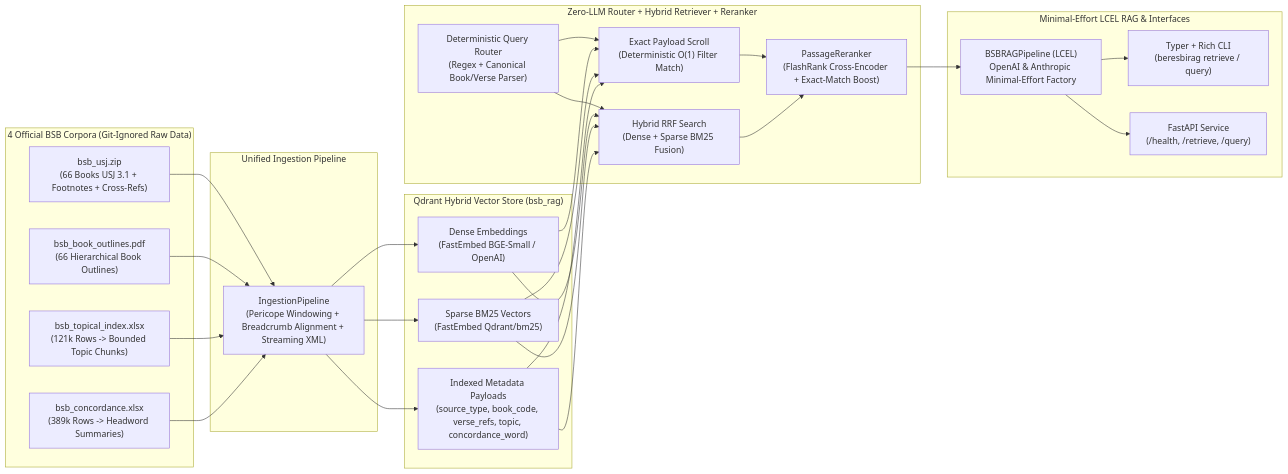
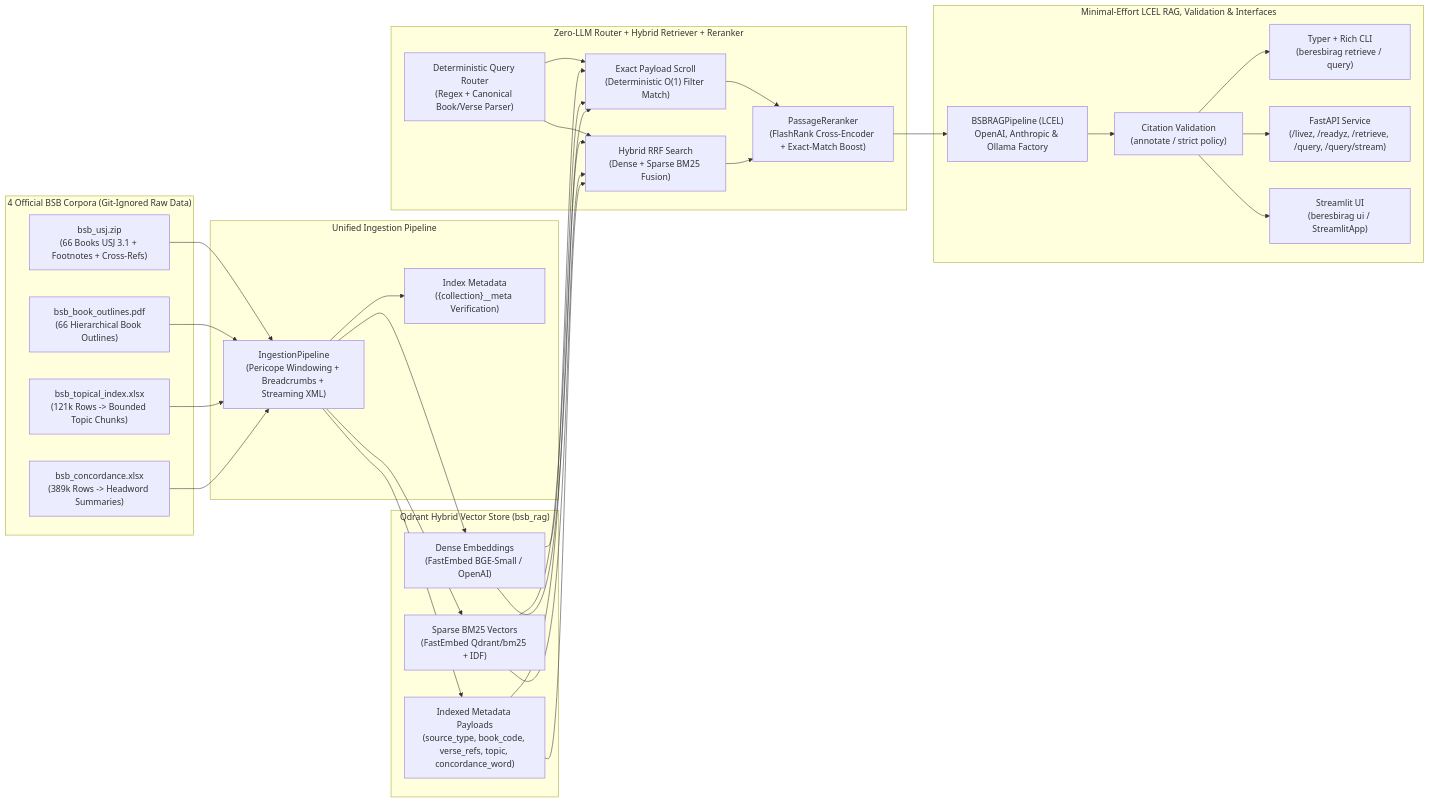
Before and after one commit to hansdarmawann/beresbirag: the diagram in README.md, drawn with Mermaid. The commit also changed other lines of this file and 21 other files, not shown here.

````diff
--- a/README.md
+++ b/README.md
@@ -11,39 +11,44 @@
 ```mermaid
 flowchart LR
     subgraph Corpora["4 Official BSB Corpora (Git-Ignored Raw Data)"]
         USJ["bsb_usj.zip\n(66 Books USJ 3.1 + Footnotes + Cross-Refs)"]
         PDF["bsb_book_outlines.pdf\n(66 Hierarchical Book Outlines)"]
         TOP["bsb_topical_index.xlsx\n(121k Rows -> Bounded Topic Chunks)"]
         CON["bsb_concordance.xlsx\n(389k Rows -> Headword Summaries)"]
     end
 
     subgraph Ingestion["Unified Ingestion Pipeline"]
-        PIPE["IngestionPipeline\n(Pericope Windowing + Breadcrumb Alignment + Streaming XML)"]
+        PIPE["IngestionPipeline\n(Pericope Windowing + Breadcrumbs + Streaming XML)"]
+        META["Index Metadata\n({collection}__meta Verification)"]
     end
 
     subgraph VectorDB["Qdrant Hybrid Vector Store (bsb_rag)"]
         DENSE["Dense Embeddings\n(FastEmbed BGE-Small / OpenAI)"]
-        SPARSE["Sparse BM25 Vectors\n(FastEmbed Qdrant/bm25)"]
+        SPARSE["Sparse BM25 Vectors\n(FastEmbed Qdrant/bm25 + IDF)"]
         PAYLOAD["Indexed Metadata Payloads\n(source_type, book_code, verse_refs, topic, concordance_word)"]
     end
 
     subgraph Retrieval["Zero-LLM Router + Hybrid Retriever + Reranker"]
         ROUTER["Deterministic Query Router\n(Regex + Canonical Book/Verse Parser)"]
         EXACT["Exact Payload Scroll\n(Deterministic O(1) Filter Match)"]
         HYBRID["Hybrid RRF Search\n(Dense + Sparse BM25 Fusion)"]
         RERANK["PassageReranker\n(FlashRank Cross-Encoder + Exact-Match Boost)"]
     end
 
-    subgraph App["Minimal-Effort LCEL RAG & Interfaces"]
-        LCEL["BSBRAGPipeline (LCEL)\nOpenAI & Anthropic Minimal-Effort Factory"]
+    subgraph App["Minimal-Effort LCEL RAG, Validation & Interfaces"]
+        LCEL["BSBRAGPipeline (LCEL)\nOpenAI, Anthropic & Ollama Factory"]
+        CITE["Citation Validation\n(annotate / strict policy)"]
         CLI["Typer + Rich CLI\n(beresbirag retrieve / query)"]
-        API["FastAPI Service\n(/health, /retrieve, /query)"]
+        API["FastAPI Service\n(/livez, /readyz, /retrieve, /query, /query/stream)"]
+        UI["Streamlit UI\n(beresbirag ui / StreamlitApp)"]
     end
 
     USJ & PDF & TOP & CON --> PIPE
+    PIPE --> META
     PIPE --> DENSE & SPARSE & PAYLOAD
     ROUTER --> EXACT & HYBRID
     DENSE & SPARSE & PAYLOAD --> EXACT & HYBRID
     EXACT & HYBRID --> RERANK
-    RERANK --> LCEL --> CLI & API
+    RERANK --> LCEL --> CITE
+    CITE --> CLI & API & UI
 ```
````
